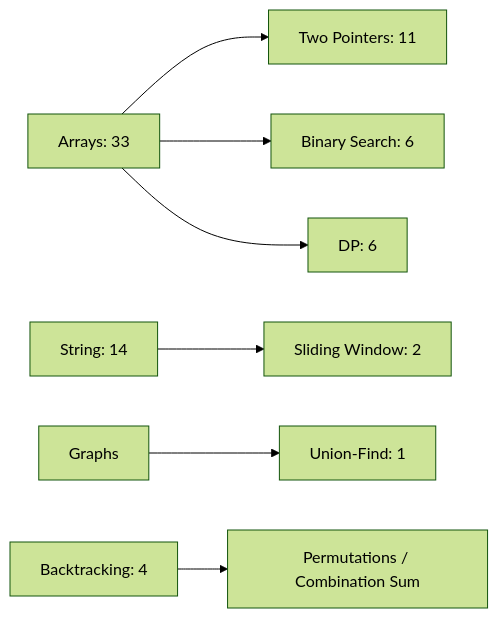
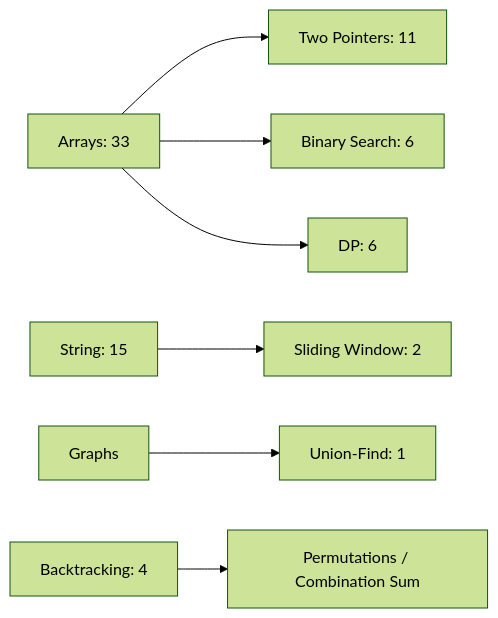
One commit to manikantbindass/DSA-Preparation-FAANG changed the second of 2 diagrams in README.md. Above: the diagram before and after it, drawn with Mermaid (forest theme). The commit also changed other lines of this file and 1 other file, not shown here.

````diff
--- a/README.md
+++ b/README.md
@@ -40,9 +40,9 @@
 ```mermaid
 flowchart LR
     A["Arrays: 33"] --> B["Two Pointers: 11"]
     A --> C["Binary Search: 6"]
     A --> D["DP: 6"]
-    E["String: 14"] --> F["Sliding Window: 2"]
+    E["String: 15"] --> F["Sliding Window: 2"]
     G["Graphs"] --> H["Union-Find: 1"]
     I["Backtracking: 4"] --> J["Permutations / Combination Sum"]
 ```
````
